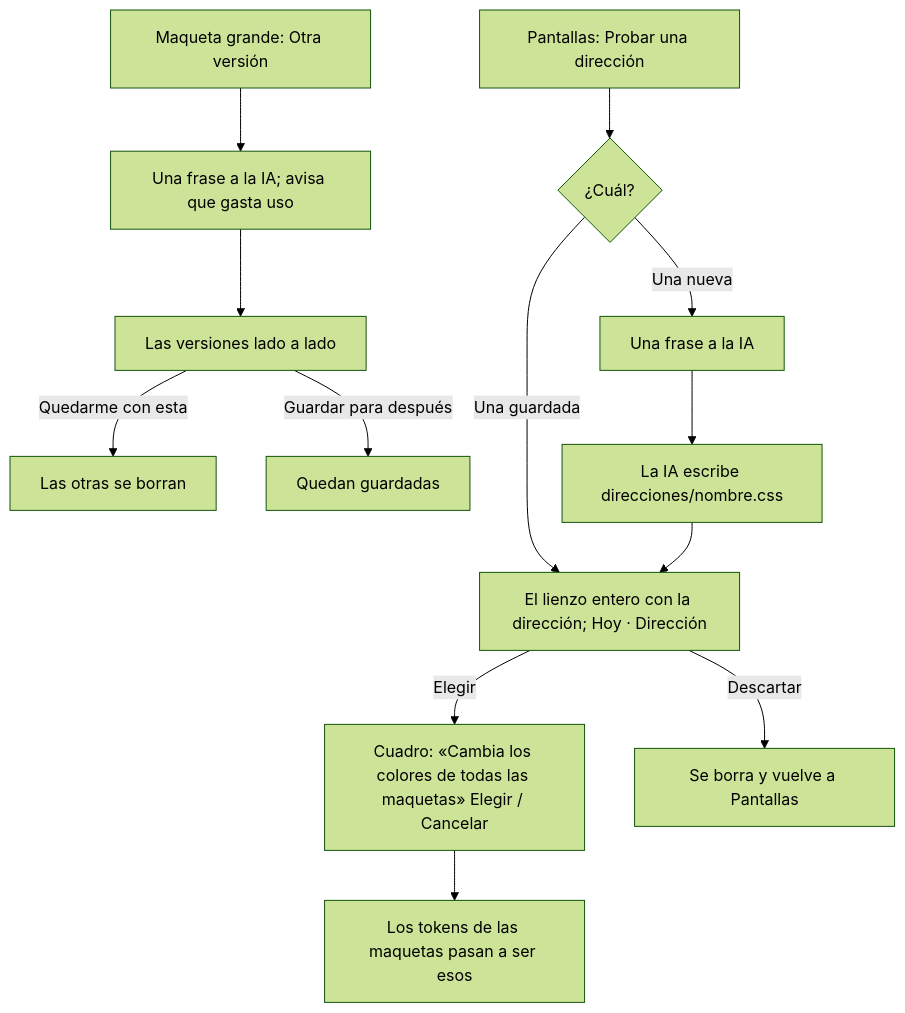
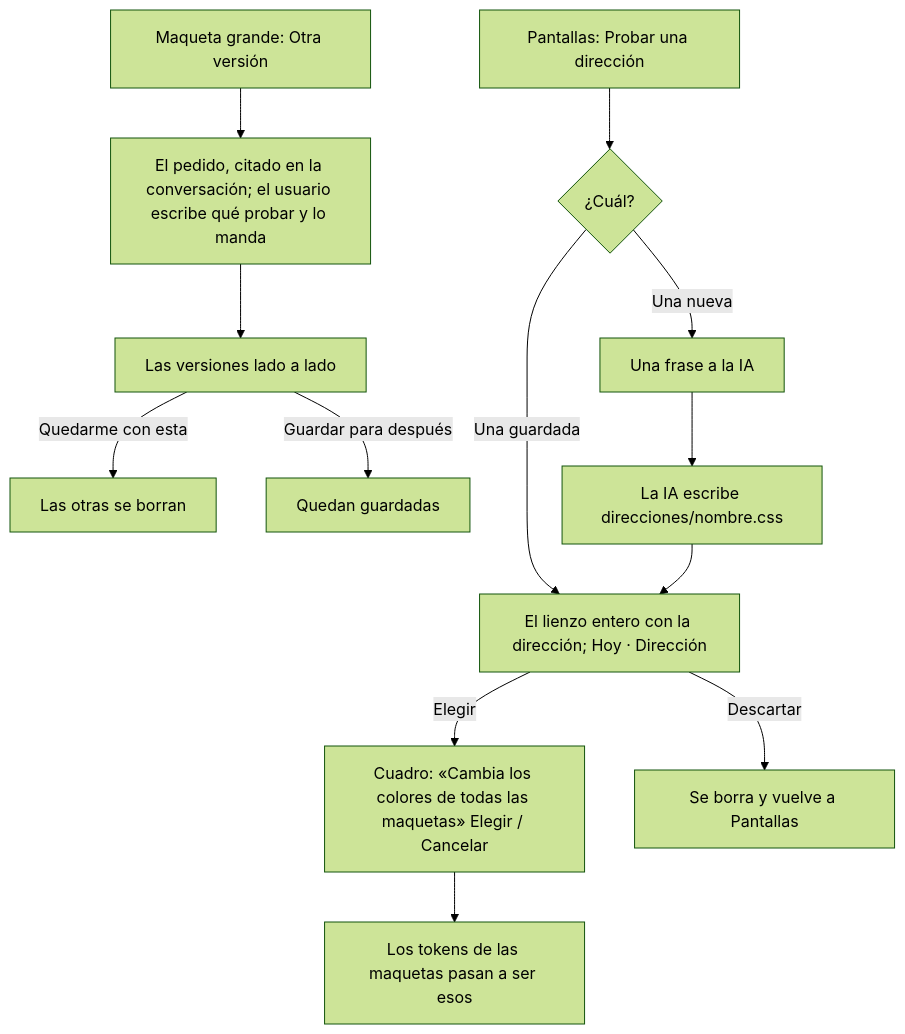
One commit to LlanosLautaro/Iridium changed the second of 3 diagrams in docs/modulos/diseno/ux.md. Above: the diagram before and after it, drawn with Mermaid (forest theme). The commit also changed other lines of this file and 31 other files, not shown here.

````diff
--- a/docs/modulos/diseno/ux.md
+++ b/docs/modulos/diseno/ux.md
@@ -150,11 +150,11 @@
 ```mermaid
 flowchart TD
-  A[Maqueta grande: Otra versión] --> B[Una frase a la IA; avisa que gasta uso] --> C[Las versiones lado a lado]
+  A[Maqueta grande: Otra versión] --> B[El pedido, citado en la conversación; el usuario escribe qué probar y lo manda] --> C[Las versiones lado a lado]
   C -- Quedarme con esta --> D[Las otras se borran]
   C -- Guardar para después --> E[Quedan guardadas]
   F[Pantallas: Probar una dirección] --> G{¿Cuál?}
   G -- Una guardada --> I
   G -- Una nueva --> H[Una frase a la IA] --> H2[La IA escribe direcciones/nombre.css] --> I
   I[El lienzo entero con la dirección; Hoy · Dirección] -- Elegir --> J[Cuadro: «Cambia los colores de todas las maquetas» Elegir / Cancelar] --> K[Los tokens de las maquetas pasan a ser esos]
   I -- Descartar --> L[Se borra y vuelve a Pantallas]
 ```
````
